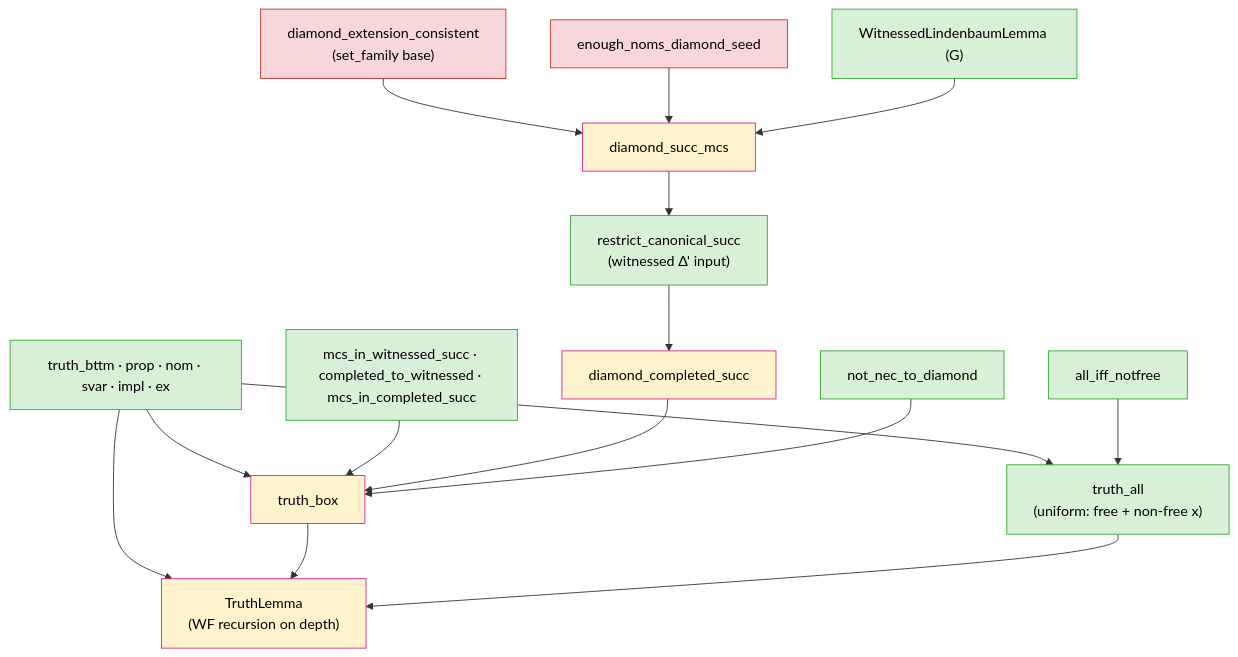
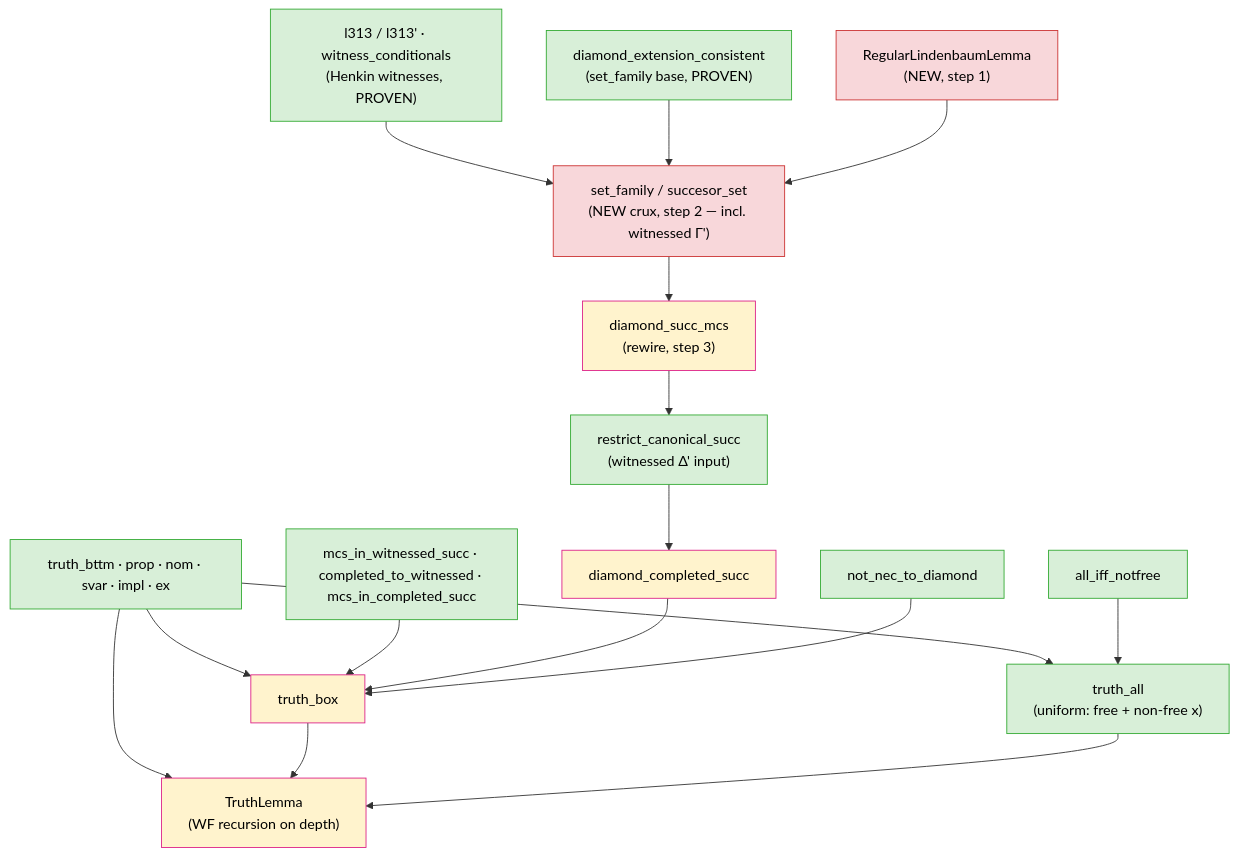
Before and after one commit to catskillsresearch/hybrid_logic_lean_revisited: the fourth of 5 diagrams in arxiv.md, drawn with Mermaid. The commit also changed other lines of this file and 1 other file, not shown here.

First line of the commit message:
docs: disprove enough_noms_diamond_seed; document l313' Henkin route + attribution

````diff
--- a/arxiv.md
+++ b/arxiv.md
@@ -300,32 +329,34 @@
 ```mermaid
 flowchart TD
   classDef pass fill:#d8efd8,stroke:#3a3,color:#000
   classDef partial fill:#fff3cd,stroke:#d28,color:#000
   classDef open fill:#f8d7da,stroke:#c33,color:#000
 
   base["truth_bttm · prop · nom · svar · impl · ex"]:::pass
   succ["mcs_in_witnessed_succ · completed_to_witnessed · mcs_in_completed_succ"]:::pass
 
-  cons["diamond_extension_consistent<br/>(set_family base)"]:::open
-  nom["enough_noms_diamond_seed"]:::open
-  WL["WitnessedLindenbaumLemma (G)"]:::pass
-  cons --> dsc["diamond_succ_mcs"]:::partial
-  nom --> dsc
-  WL --> dsc
+  l313["l313 / l313' · witness_conditionals<br/>(Henkin witnesses, PROVEN)"]:::pass
+  cons["diamond_extension_consistent<br/>(set_family base, PROVEN)"]:::pass
+  reg["RegularLindenbaumLemma<br/>(NEW, step 1)"]:::open
+  sf["set_family / succesor_set<br/>(NEW crux, step 2 — incl. witnessed Γ')"]:::open
+  l313 --> sf
+  cons --> sf
+  reg --> sf
+  sf --> dsc["diamond_succ_mcs<br/>(rewire, step 3)"]:::partial
   dsc --> rcs["restrict_canonical_succ<br/>(witnessed Δ' input)"]:::pass
   rcs --> dcs["diamond_completed_succ"]:::partial
   nnd["not_nec_to_diamond"]:::pass
 
   base --> box["truth_box"]:::partial
   succ --> box
   dcs --> box
   nnd --> box
 
   ainf["all_iff_notfree"]:::pass
   base --> allNF["truth_all<br/>(uniform: free + non-free x)"]:::pass
   ainf --> allNF
 
   base --> TLm["TruthLemma<br/>(WF recursion on depth)"]:::partial
   box --> TLm
   allNF --> TLm
 ```
````
